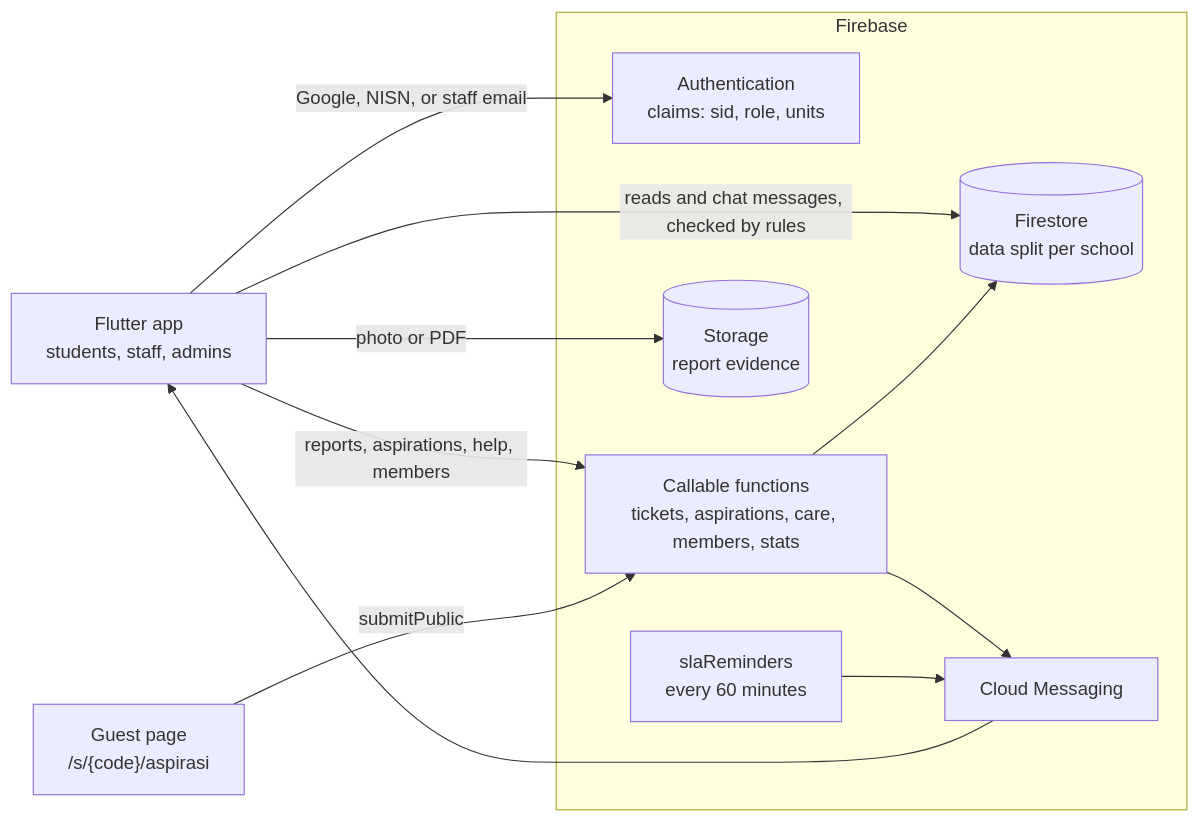
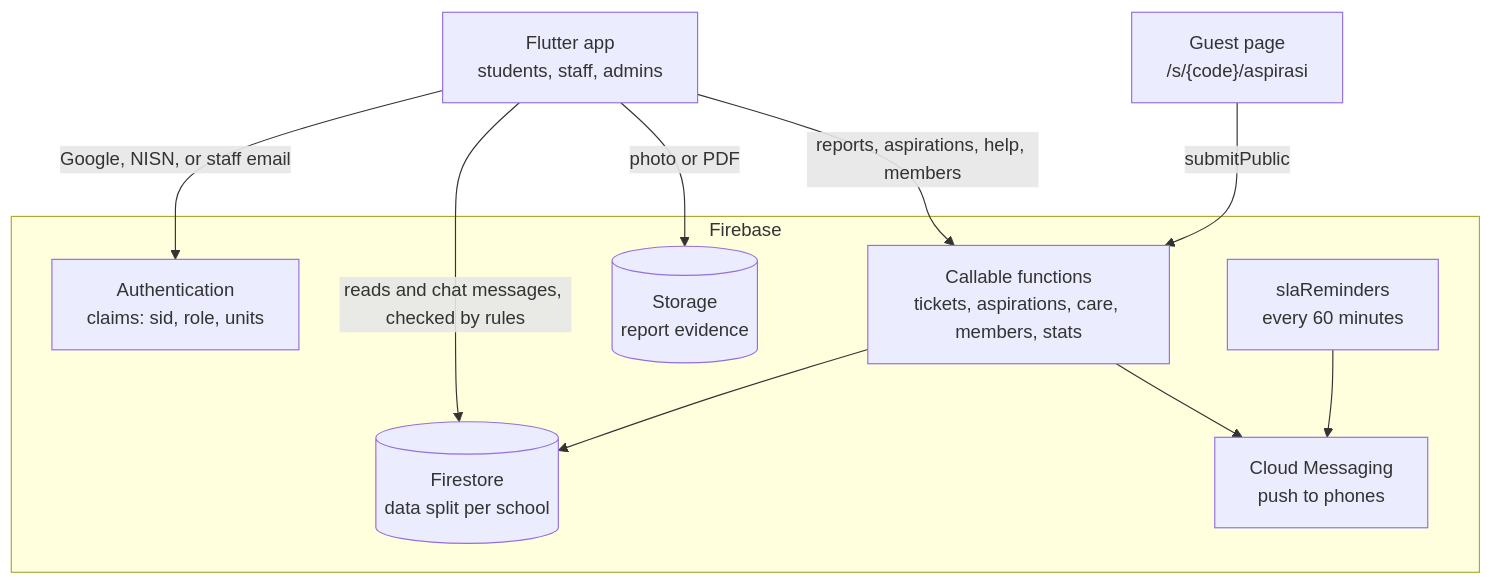
One commit to khrlanamm/mandu changed the diagram in README.md. Above: the diagram before and after it, drawn with Mermaid.

Commit message:
Lay out the architecture diagram top to bottom

````diff
--- a/README.md
+++ b/README.md
@@ -19,22 +19,21 @@
 ```mermaid
-flowchart LR
+flowchart TB
   app["Flutter app<br>students, staff, admins"]
   guest["Guest page<br>/s/{code}/aspirasi"]
   subgraph Firebase
     auth["Authentication<br>claims: sid, role, units"]
     fn["Callable functions<br>tickets, aspirations, care, members, stats"]
     fs[("Firestore<br>data split per school")]
     st[("Storage<br>report evidence")]
     sla["slaReminders<br>every 60 minutes"]
-    fcm[Cloud Messaging]
+    fcm["Cloud Messaging<br>push to phones"]
   end
   app -->|Google, NISN, or staff email| auth
   app -->|reports, aspirations, help, members| fn
   guest -->|submitPublic| fn
   app -->|reads and chat messages, checked by rules| fs
   app -->|photo or PDF| st
   fn --> fs
   fn --> fcm
   sla --> fcm
-  fcm --> app
 ```
````
